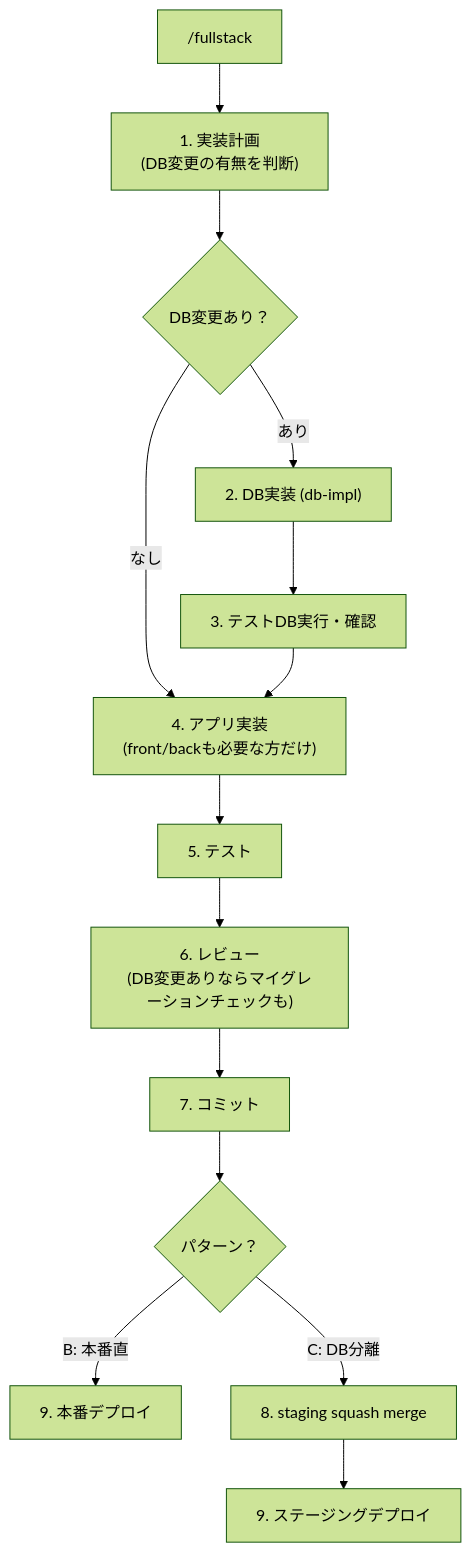
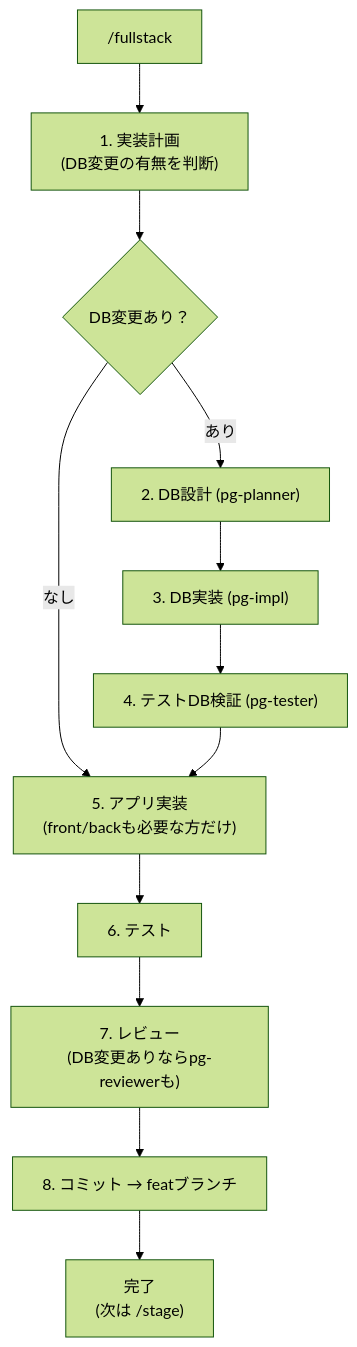
Before and after one commit to nyan-tama/Ghostrunner: the sixth of 9 diagrams in 開発/検討中/2026-03-02_デプロイフローパターン定型化.md, drawn with Mermaid (forest theme). The commit also changed other lines of this file, not shown here.

````diff
--- a/開発/検討中/2026-03-02_デプロイフローパターン定型化.md
+++ b/開発/検討中/2026-03-02_デプロイフローパターン定型化.md
@@ -352,18 +257,16 @@
 ```mermaid
 flowchart TD
     START["/fullstack"] --> PLAN["1. 実装計画<br/>(DB変更の有無を判断)"]
     PLAN --> DB_CHECK{"DB変更あり？"}
-    DB_CHECK -->|あり| DB_IMPL["2. DB実装 (db-impl)"]
+    DB_CHECK -->|あり| DB_PLAN["2. DB設計 (pg-planner)"]
     DB_CHECK -->|なし| APP_IMPL
 
-    DB_IMPL --> DB_TEST["3. テストDB実行・確認"]
-    DB_TEST --> APP_IMPL["4. アプリ実装<br/>(front/backも必要な方だけ)"]
+    DB_PLAN --> DB_IMPL["3. DB実装 (pg-impl)"]
+    DB_IMPL --> DB_TEST["4. テストDB検証 (pg-tester)"]
+    DB_TEST --> APP_IMPL["5. アプリ実装<br/>(front/backも必要な方だけ)"]
 
-    APP_IMPL --> TEST["5. テスト"]
-    TEST --> REVIEW["6. レビュー<br/>(DB変更ありならマイグレーションチェックも)"]
-    REVIEW --> COMMIT["7. コミット"]
-    COMMIT --> PATTERN{"パターン？"}
-    PATTERN -->|B: 本番直| DEPLOY_B["9. 本番デプロイ"]
-    PATTERN -->|C: DB分離| STAGING["8. staging squash merge"]
-    STAGING --> DEPLOY_C["9. ステージングデプロイ"]
+    APP_IMPL --> TEST["6. テスト"]
+    TEST --> REVIEW["7. レビュー<br/>(DB変更ありならpg-reviewerも)"]
+    REVIEW --> COMMIT["8. コミット → featブランチ"]
+    COMMIT --> END_FS["完了<br/>(次は /stage)"]
 ```
````
